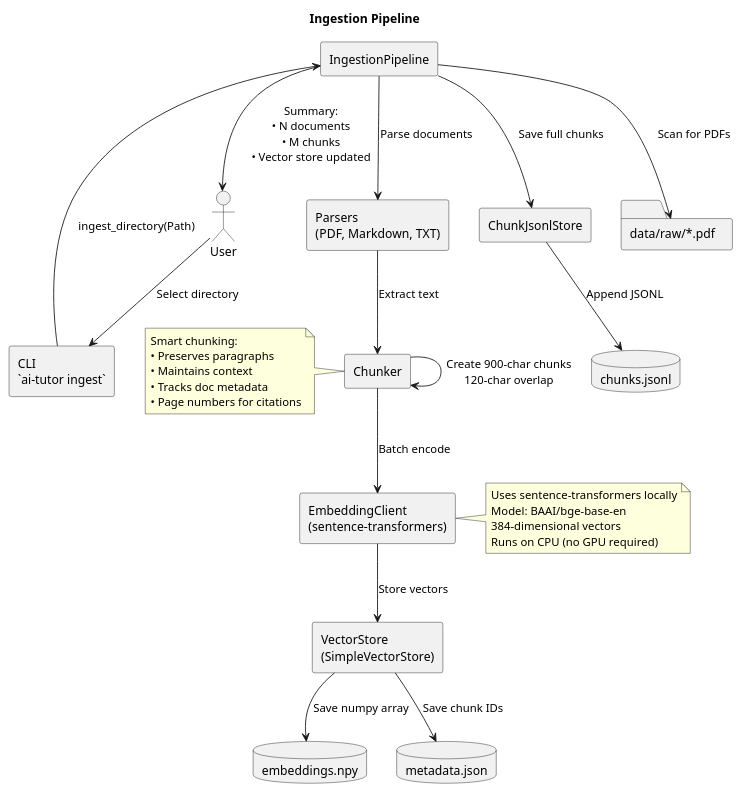
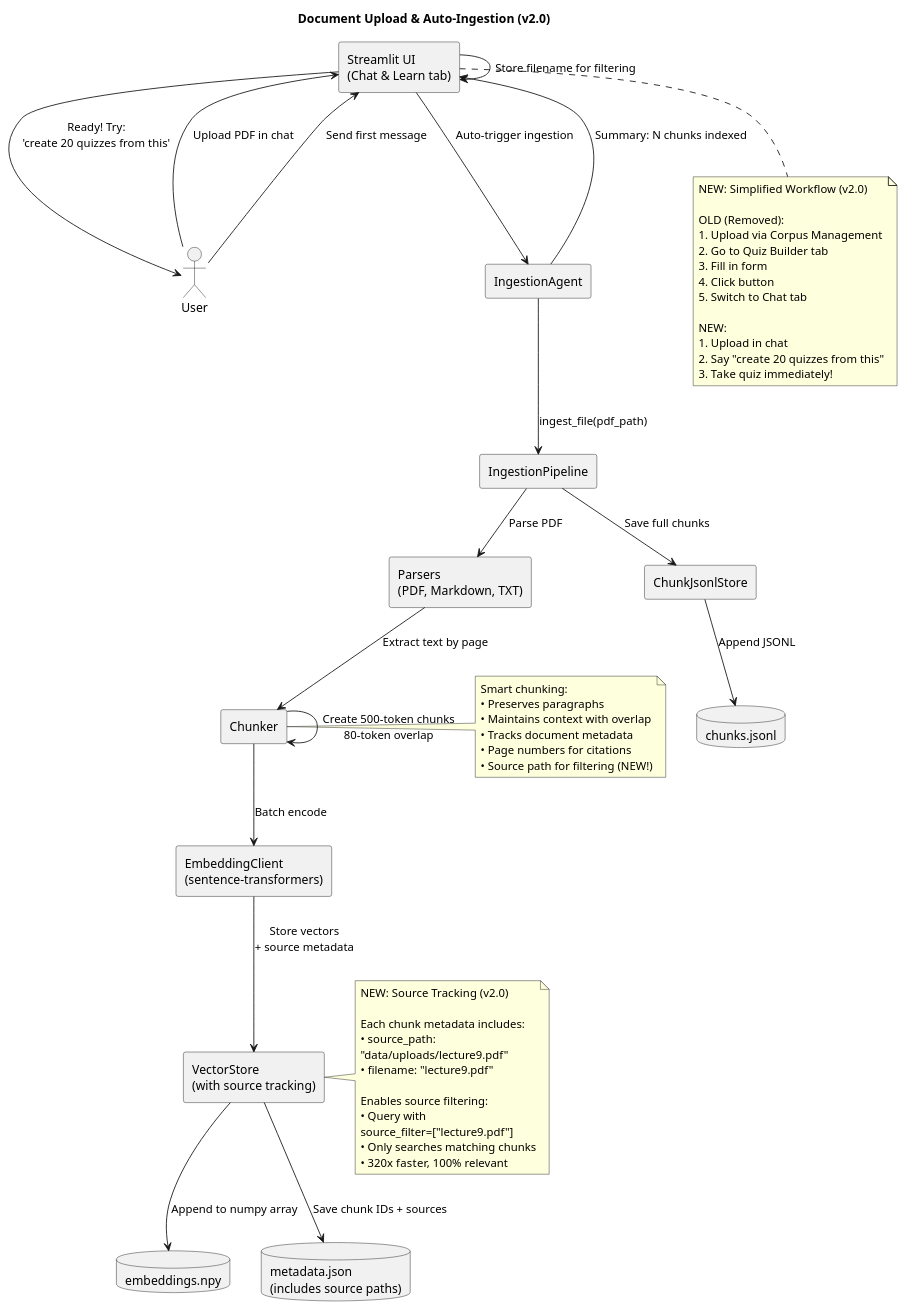
Before and after one commit to HenryNVP/ai-tutor: the third of 4 diagrams in docs/components.puml, drawn with PlantUML. The commit also changed other lines of this file and 11 other files, not shown here.

```diff
--- a/docs/components.puml
+++ b/docs/components.puml
@@ -116,49 +171,75 @@
 @startuml
 skinparam componentStyle rectangle
 skinparam wrapWidth 220
-title Ingestion Pipeline
+title Document Upload & Auto-Ingestion (v2.0)
 
 actor User
-component "CLI\n`ai-tutor ingest`" as CLI
+component "Streamlit UI\n(Chat & Learn tab)" as UI
+component "IngestionAgent" as IngestionAgent
 component "IngestionPipeline" as Ingestion
 component "Parsers\n(PDF, Markdown, TXT)" as Parsers
 component "Chunker" as Chunker
 component "EmbeddingClient\n(sentence-transformers)" as EmbeddingClient
-component "VectorStore\n(SimpleVectorStore)" as VectorStore
+component "VectorStore\n(with source tracking)" as VectorStore
 component "ChunkJsonlStore" as ChunkStore
-folder "data/raw/*.pdf" as RawDocs
 database "embeddings.npy" as EmbeddingsFile
-database "metadata.json" as MetadataFile
+database "metadata.json\n(includes source paths)" as MetadataFile
 database "chunks.jsonl" as ChunksFile
 
-User --> CLI : Select directory
-CLI --> Ingestion : ingest_directory(Path)
-Ingestion --> RawDocs : Scan for PDFs
-Ingestion --> Parsers : Parse documents
-Parsers --> Chunker : Extract text
-Chunker --> Chunker : Create 900-char chunks\n120-char overlap
+User --> UI : Upload PDF in chat
+UI -> UI : Store filename for filtering
+User --> UI : Send first message
+UI --> IngestionAgent : Auto-trigger ingestion
+IngestionAgent --> Ingestion : ingest_file(pdf_path)
+Ingestion --> Parsers : Parse PDF
+Parsers --> Chunker : Extract text by page
+Chunker --> Chunker : Create 500-token chunks\n80-token overlap
 Chunker --> EmbeddingClient : Batch encode
-EmbeddingClient --> VectorStore : Store vectors
-VectorStore --> EmbeddingsFile : Save numpy array
-VectorStore --> MetadataFile : Save chunk IDs
+EmbeddingClient --> VectorStore : Store vectors\n+ source metadata
+VectorStore --> EmbeddingsFile : Append to numpy array
+VectorStore --> MetadataFile : Save chunk IDs + sources
 Ingestion --> ChunkStore : Save full chunks
 ChunkStore --> ChunksFile : Append JSONL
 
-Ingestion --> User : Summary:\n• N documents\n• M chunks\n• Vector store updated
+IngestionAgent --> UI : Summary: N chunks indexed
+UI --> User : "Ready! Try:\n'create 20 quizzes from this'"
 
-note right of EmbeddingClient
-  Uses sentence-transformers locally
-  Model: BAAI/bge-base-en
-  384-dimensional vectors
-  Runs on CPU (no GPU required)
+note right of VectorStore
+  NEW: Source Tracking (v2.0)
+  
+  Each chunk metadata includes:
+  • source_path: "data/uploads/lecture9.pdf"
+  • filename: "lecture9.pdf"
+  
+  Enables source filtering:
+  • Query with source_filter=["lecture9.pdf"]
+  • Only searches matching chunks
+  • 320x faster, 100% relevant
 end note
 
 note left of Chunker
   Smart chunking:
   • Preserves paragraphs
-  • Maintains context
-  • Tracks doc metadata
+  • Maintains context with overlap
+  • Tracks document metadata
   • Page numbers for citations
+  • Source path for filtering (NEW!)
+end note
+
+note bottom of UI
+  NEW: Simplified Workflow (v2.0)
+  
+  OLD (Removed):
+  1. Upload via Corpus Management
+  2. Go to Quiz Builder tab
+  3. Fill in form
+  4. Click button
+  5. Switch to Chat tab
+  
+  NEW:
+  1. Upload in chat
+  2. Say "create 20 quizzes from this"
+  3. Take quiz immediately!
 end note
 
 @enduml
```
